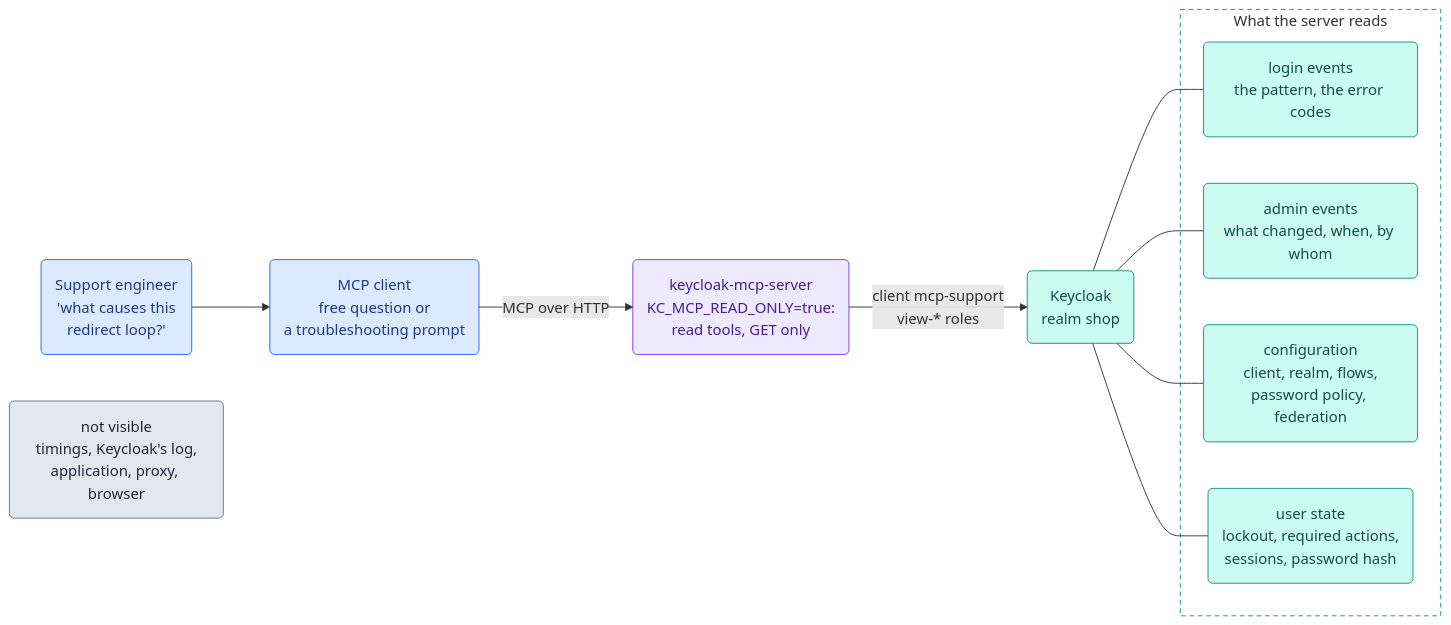
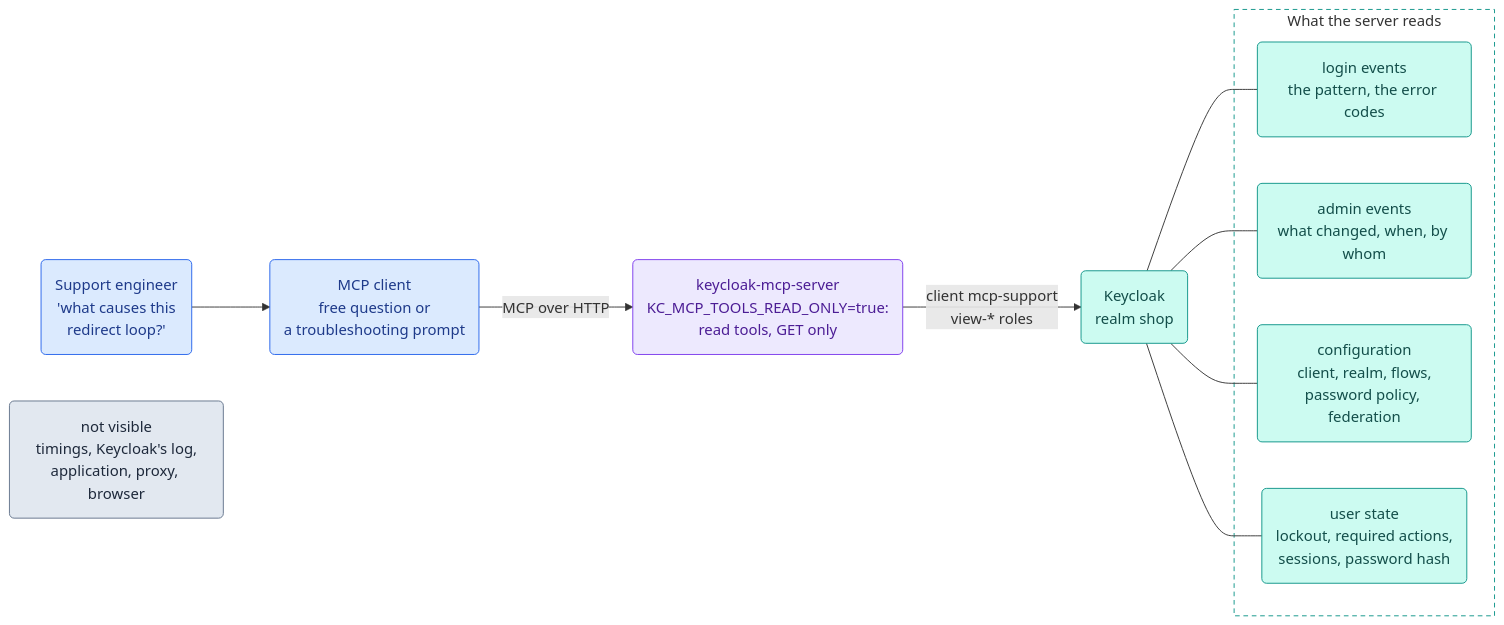
The tenth of 11 diagrams in docs/scenarios.md (thomasdarimont/keycloak-mcp-server), drawn with Mermaid before and after one commit. The commit also changed other lines of this file and 126 other files, not shown here.

````diff
--- a/docs/scenarios.md
+++ b/docs/scenarios.md
@@ -357,28 +357,28 @@
 ```mermaid
 flowchart LR
     U("Support engineer<br/>'what causes this<br/>redirect loop?'") --> M("MCP client<br/>free question or<br/>a troubleshooting prompt")
-    M -- "MCP over HTTP" --> S("keycloak-mcp-server<br/>KC_MCP_READ_ONLY=true:<br/>read tools, GET only")
+    M -- "MCP over HTTP" --> S("keycloak-mcp-server<br/>KC_MCP_TOOLS_READ_ONLY=true:<br/>read tools, GET only")
     S -- "client mcp-support<br/>view-* roles" --> K("Keycloak<br/>realm shop")
     subgraph evidence["What the server reads"]
         E1("login events<br/>the pattern, the error codes")
         E2("admin events<br/>what changed, when, by whom")
         E3("configuration<br/>client, realm, flows,<br/>password policy, federation")
         E4("user state<br/>lockout, required actions,<br/>sessions, password hash")
     end
     K --- E1
     K --- E2
     K --- E3
     K --- E4
     X("not visible<br/>timings, Keycloak's log,<br/>application, proxy, browser")
     classDef client fill:#dbeafe,stroke:#2563eb,color:#1e3a8a
     classDef server fill:#ede9fe,stroke:#7c3aed,color:#4c1d95
     classDef keycloak fill:#ccfbf1,stroke:#0d9488,color:#134e4a
     classDef infra fill:#fef3c7,stroke:#d97706,color:#78350f
     classDef confirm fill:#ffe4e6,stroke:#e11d48,color:#881337
     classDef audit fill:#e2e8f0,stroke:#64748b,color:#1e293b
     class U,M client
     class S server
     class K,E1,E2,E3,E4 keycloak
     class X audit
     style evidence fill:transparent,stroke:#0d9488,stroke-dasharray:5 4
 ```
````
